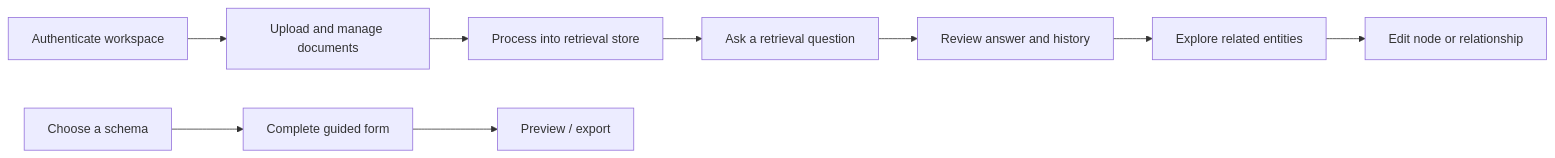
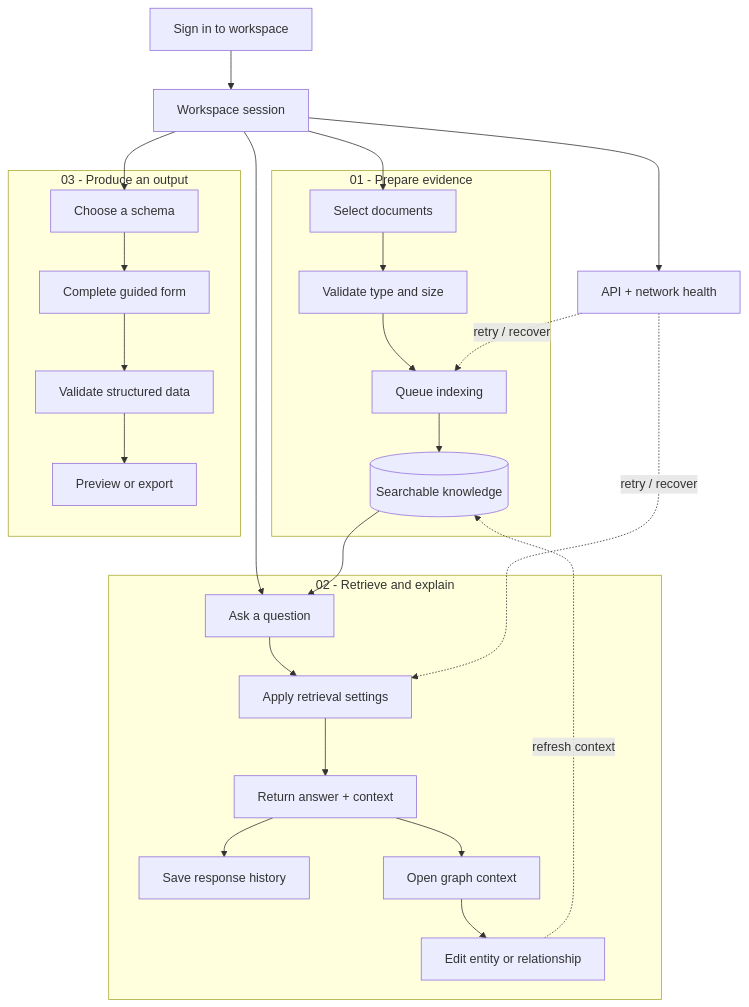
One commit to kajolmehra/nexus changed the diagram in README.md. Above: the diagram before and after it, drawn with Mermaid. The commit also changed other lines of this file and 1 other file, not shown here.

````diff
--- a/README.md
+++ b/README.md
@@ -39,11 +41,33 @@
 ```mermaid
-flowchart LR
-    Login[Authenticate workspace] --> Documents[Upload and manage documents]
-    Documents --> Index[Process into retrieval store]
-    Index --> Query[Ask a retrieval question]
-    Query --> Answer[Review answer and history]
-    Answer --> Graph[Explore related entities]
-    Graph --> Edit[Edit node or relationship]
-    Schema[Choose a schema] --> Form[Complete guided form]
-    Form --> Preview[Preview / export]
+flowchart TB
+    SignIn[Sign in to workspace] --> Session[Workspace session]
+    Session --> Health[API + network health]
+
+    subgraph INGEST[01 - Prepare evidence]
+        Documents[Select documents] --> Validate[Validate type and size]
+        Validate --> Index[Queue indexing]
+        Index --> Knowledge[(Searchable knowledge)]
+    end
+
+    subgraph RETRIEVE[02 - Retrieve and explain]
+        Query[Ask a question] --> Retrieve[Apply retrieval settings]
+        Retrieve --> Answer[Return answer + context]
+        Answer --> History[Save response history]
+        Answer --> Graph[Open graph context]
+        Graph --> Edit[Edit entity or relationship]
+    end
+
+    subgraph COMPOSE[03 - Produce an output]
+        Schema[Choose a schema] --> Form[Complete guided form]
+        Form --> ValidateForm[Validate structured data]
+        ValidateForm --> Preview[Preview or export]
+    end
+
+    Session --> Documents
+    Session --> Query
+    Session --> Schema
+    Knowledge --> Query
+    Edit -. refresh context .-> Knowledge
+    Health -. retry / recover .-> Index
+    Health -. retry / recover .-> Retrieve
 ```
````
